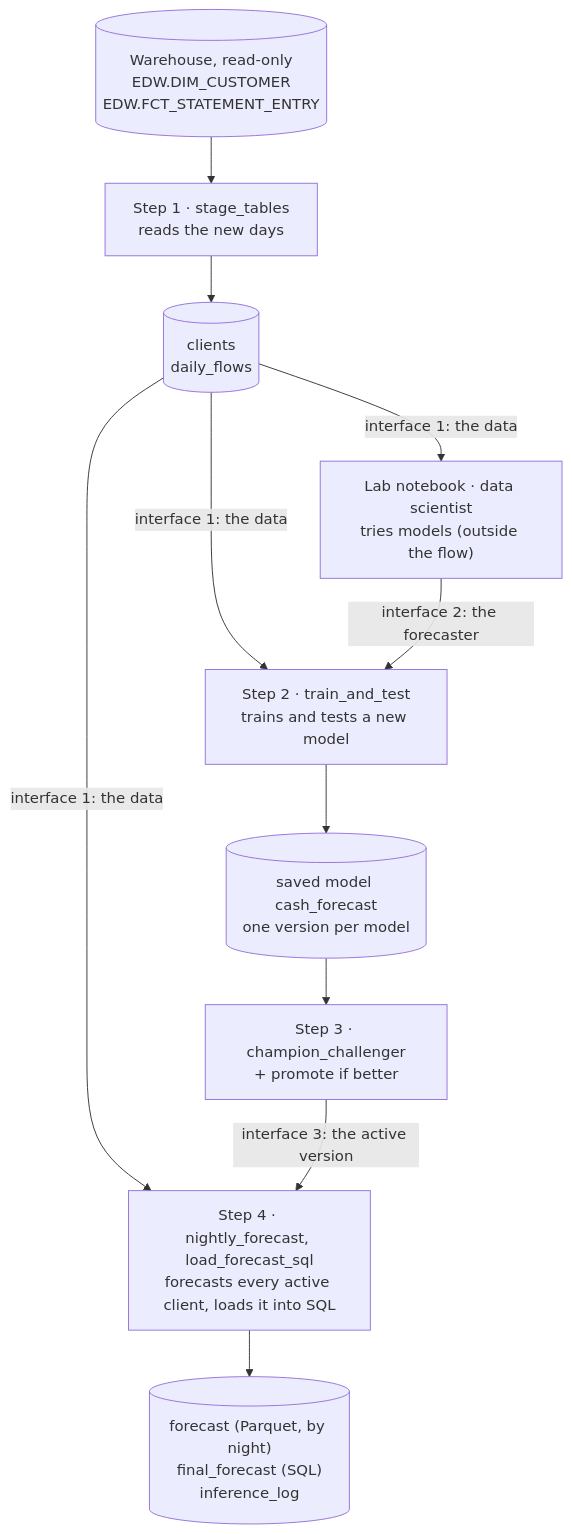
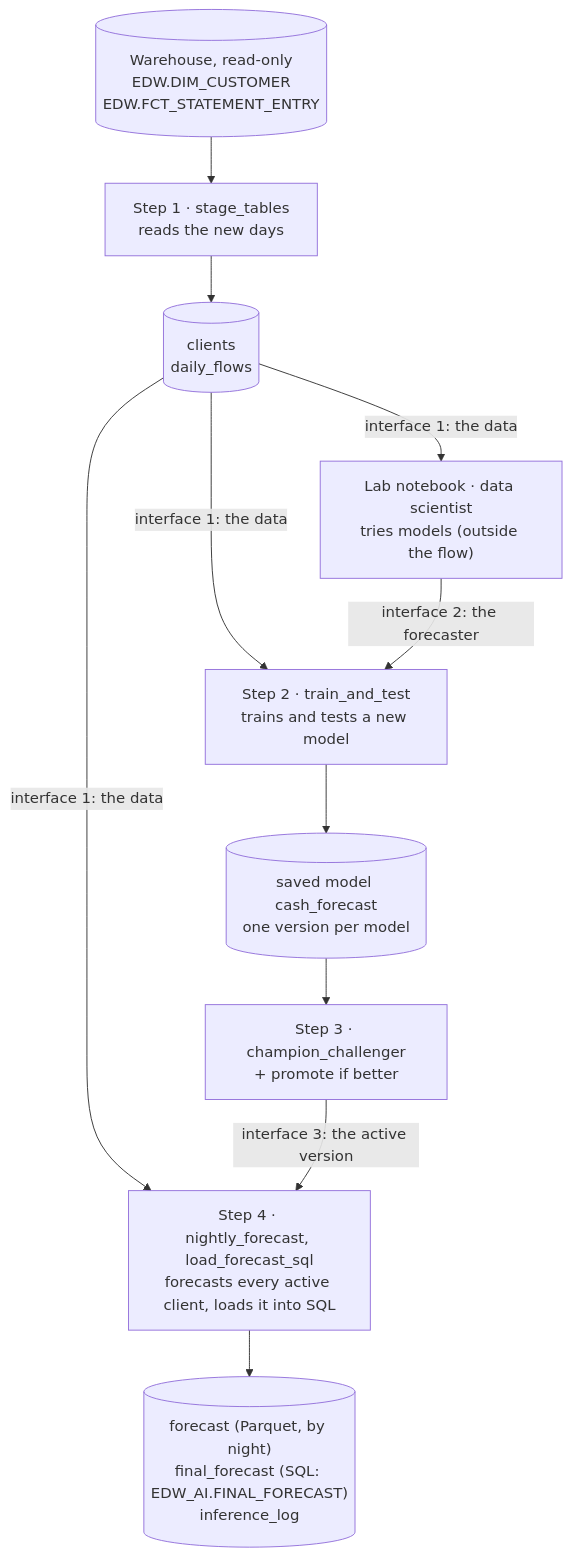
The diagram in docs/how_it_works.md (CharbelDaher34/ideal-guacamole), drawn with Mermaid before and after one commit. The commit also changed other lines of this file and 19 other files, not shown here.

````diff
--- a/docs/how_it_works.md
+++ b/docs/how_it_works.md
@@ -20,21 +20,21 @@
 ```mermaid
 flowchart TB
   W[("Warehouse, read-only<br/>EDW.DIM_CUSTOMER<br/>EDW.FCT_STATEMENT_ENTRY")]
   S["Step 1 · stage_tables<br/>reads the new days"]
   D[("clients<br/>daily_flows")]
   T["Step 2 · train_and_test<br/>trains and tests a new model"]
   V[("saved model cash_forecast<br/>one version per model")]
   C["Step 3 · champion_challenger<br/>+ promote if better"]
   F["Step 4 · nightly_forecast, load_forecast_sql<br/>forecasts every active client, loads it into SQL"]
-  O[("forecast (Parquet, by night)<br/>final_forecast (SQL)<br/>inference_log")]
+  O[("forecast (Parquet, by night)<br/>final_forecast (SQL: EDW_AI.FINAL_FORECAST)<br/>inference_log")]
   L["Lab notebook · data scientist<br/>tries models (outside the flow)"]
 
   W --> S --> D
   D -- "interface 1: the data" --> T
   D -- "interface 1: the data" --> F
   D -- "interface 1: the data" --> L
   L -- "interface 2: the forecaster" --> T
   T --> V --> C
   C -- "interface 3: the active version" --> F
   F --> O
 ```
````
